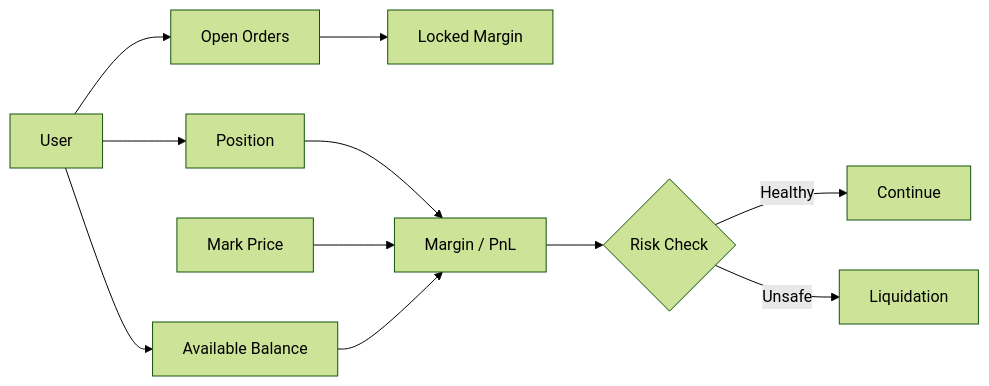
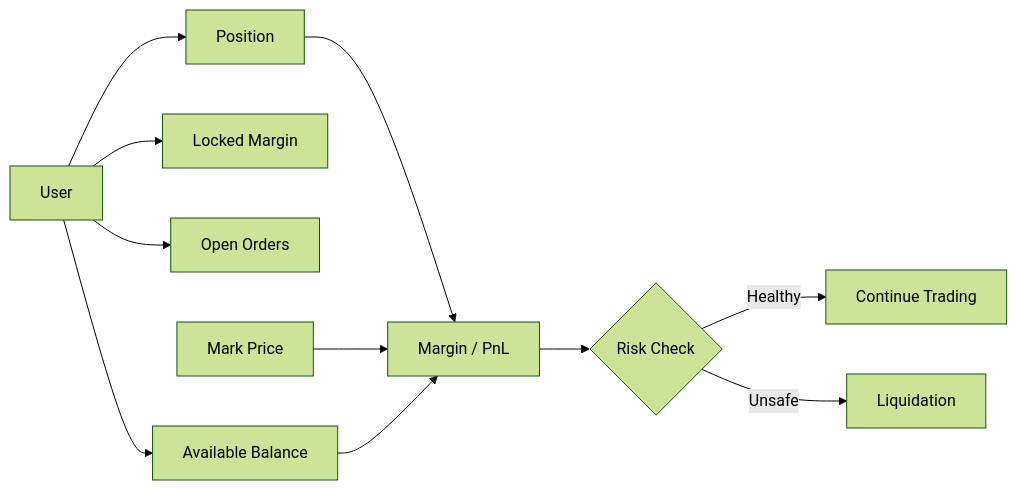
Before and after one commit to MANI-116/PERP: the third of 8 diagrams in README.md, drawn with Mermaid (forest theme). The commit also changed other lines of this file, not shown here.

Commit message:
docs: add PerpX system architecture image

````diff
--- a/README.md
+++ b/README.md
@@ -211,13 +143,13 @@
 ```mermaid
 flowchart LR
-    U["User"] --> B["Available Balance"]
-    U --> O["Open Orders"]
-    U --> P["Position"]
-    O --> L["Locked Margin"]
-    P --> M["Margin / PnL"]
-    MP["Mark Price"] --> M
-    B --> M
-    M --> R{"Risk Check"}
-    R -->|Healthy| N["Continue"]
-    R -->|Unsafe| Q["Liquidation"]
+    USER[User] --> BAL[Available Balance]
+    USER --> LOCKED[Locked Margin]
+    USER --> ORDERS[Open Orders]
+    USER --> POSITION[Position]
+    POSITION --> MARGIN[Margin / PnL]
+    MARK[Mark Price] --> MARGIN
+    BAL --> MARGIN
+    MARGIN --> CHECK{Risk Check}
+    CHECK -->|Healthy| NORMAL[Continue Trading]
+    CHECK -->|Unsafe| LIQ[Liquidation]
 ```
````
